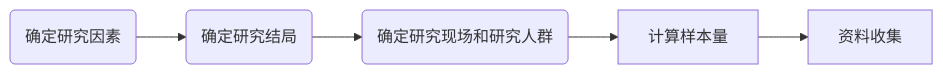
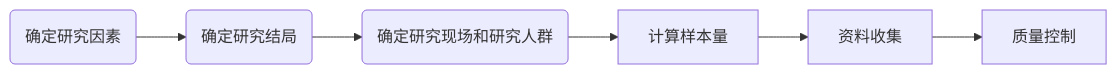
One commit to viket-vista/Notes changed the third of 3 diagrams in 大三下/流行病学.md. Above: the diagram before and after it, drawn with Mermaid. The commit also changed other lines of this file, not shown here.

````diff
--- a/大三下/流行病学.md
+++ b/大三下/流行病学.md
@@ -69,4 +69,4 @@
 ```mermaid
 graph LR
-A(确定研究因素) --> B(确定研究结局) --> C(确定研究现场和研究人群) --> 计算样本量 --> 资料收集
-```
+A(确定研究因素) --> B(确定研究结局) --> C(确定研究现场和研究人群) --> 计算样本量 --> 资料收集 --> 质量控制
+ ``` 
````
